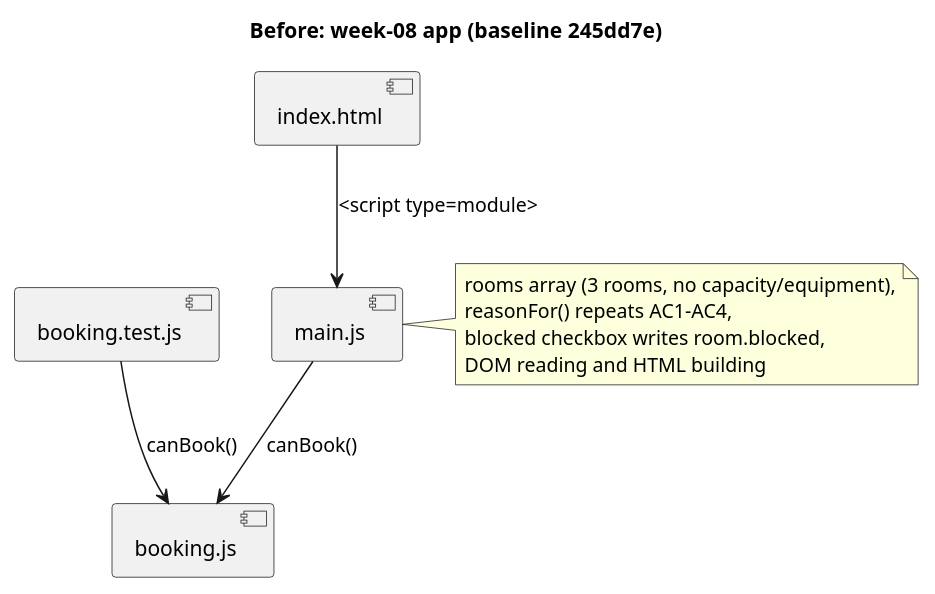
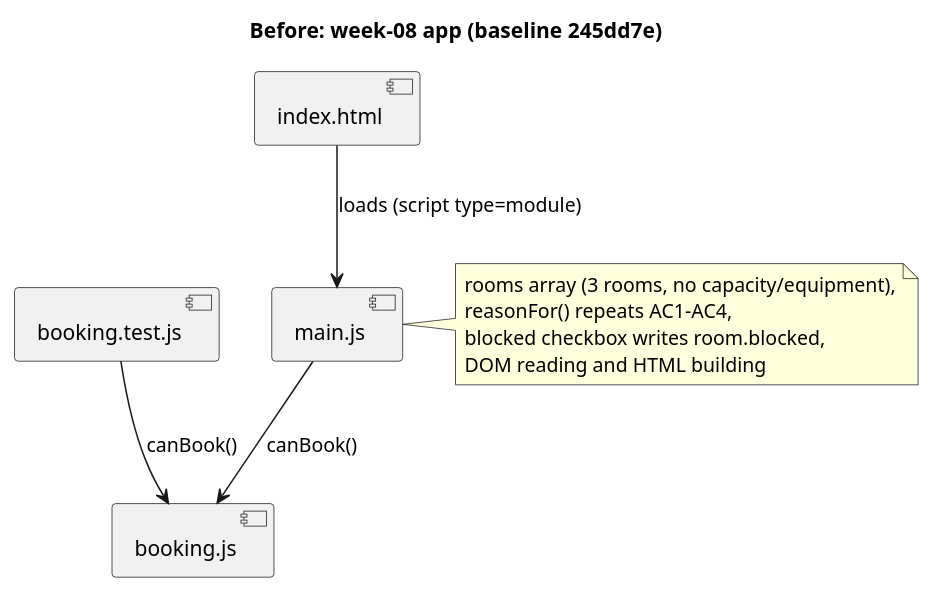
Before and after one commit to Serdarishe/se-practice: the diagram in sis-04/diagrams/before.puml, drawn with PlantUML. The commit also changed 1 other file, not shown here.

Commit message:
sis-04: plain arrow label in both diagrams (no HTML-like tag)

```diff
--- a/sis-04/diagrams/before.puml
+++ b/sis-04/diagrams/before.puml
@@ -2,16 +2,16 @@
 @startuml
 title Before: week-08 app (baseline 245dd7e)
 component "index.html" as Page
 component "main.js" as Main
 component "booking.js" as Booking
 component "booking.test.js" as Tests
-Page --> Main : <script type=module>
+Page --> Main : loads (script type=module)
 Main --> Booking : canBook()
 Tests --> Booking : canBook()
 note right of Main
   rooms array (3 rooms, no capacity/equipment),
   reasonFor() repeats AC1-AC4,
   blocked checkbox writes room.blocked,
   DOM reading and HTML building
 end note
 @enduml
```
